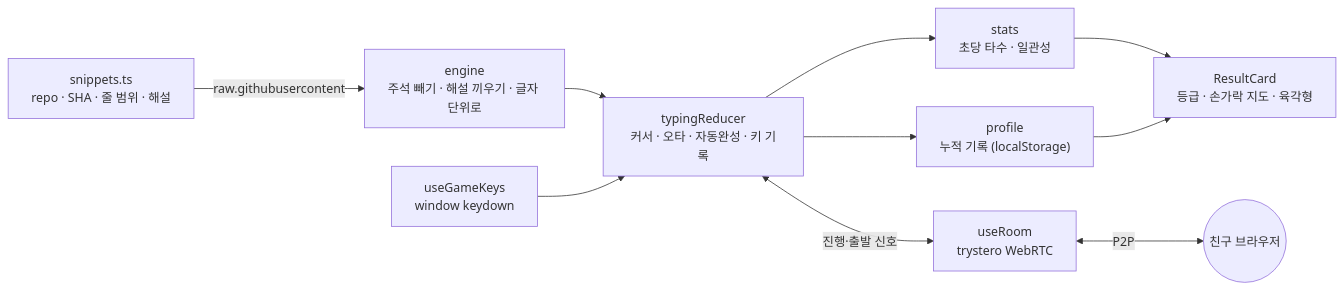
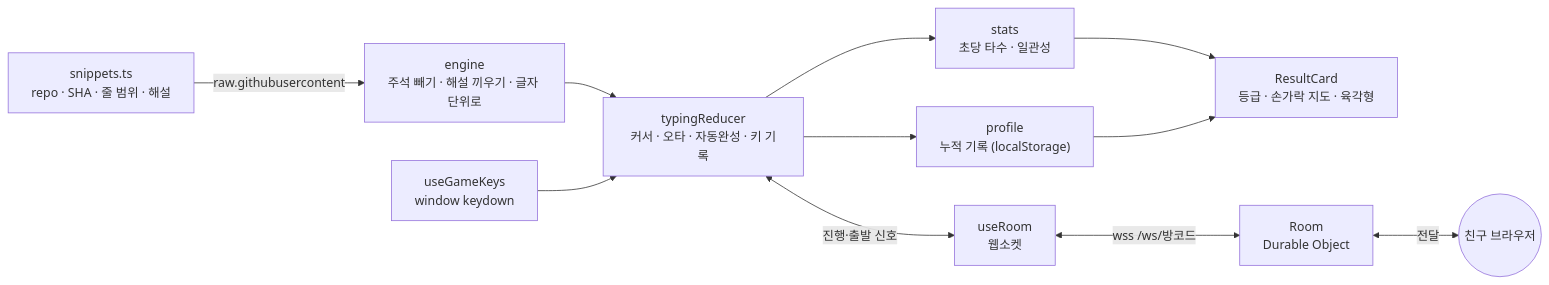
The diagram in README.md (E-JIWON/code-race), drawn with Mermaid before and after one commit. The commit also changed other lines of this file and 20 other files, not shown here.

First line of the commit message:
feat: 대결을 Cloudflare Durable Object 웹소켓 방으로 전환 + Cloudflare Workers 배포

````diff
--- a/README.md
+++ b/README.md
@@ -142,12 +144,13 @@
 ```mermaid
 flowchart LR
   S["snippets.ts<br/>repo · SHA · 줄 범위 · 해설"] -->|raw.githubusercontent| E["engine<br/>주석 빼기 · 해설 끼우기 · 글자 단위로"]
   E --> R["typingReducer<br/>커서 · 오타 · 자동완성 · 키 기록"]
   K["useGameKeys<br/>window keydown"] --> R
   R --> ST["stats<br/>초당 타수 · 일관성"]
   R --> P["profile<br/>누적 기록 (localStorage)"]
   ST --> C["ResultCard<br/>등급 · 손가락 지도 · 육각형"]
   P --> C
-  R <-->|진행·출발 신호| RM["useRoom<br/>trystero WebRTC"]
-  RM <-->|P2P| F(("친구 브라우저"))
+  R <-->|진행·출발 신호| RM["useRoom<br/>웹소켓"]
+  RM <-->|wss /ws/방코드| DO["Room<br/>Durable Object"]
+  DO <-->|전달| F(("친구 브라우저"))
 ```
````
